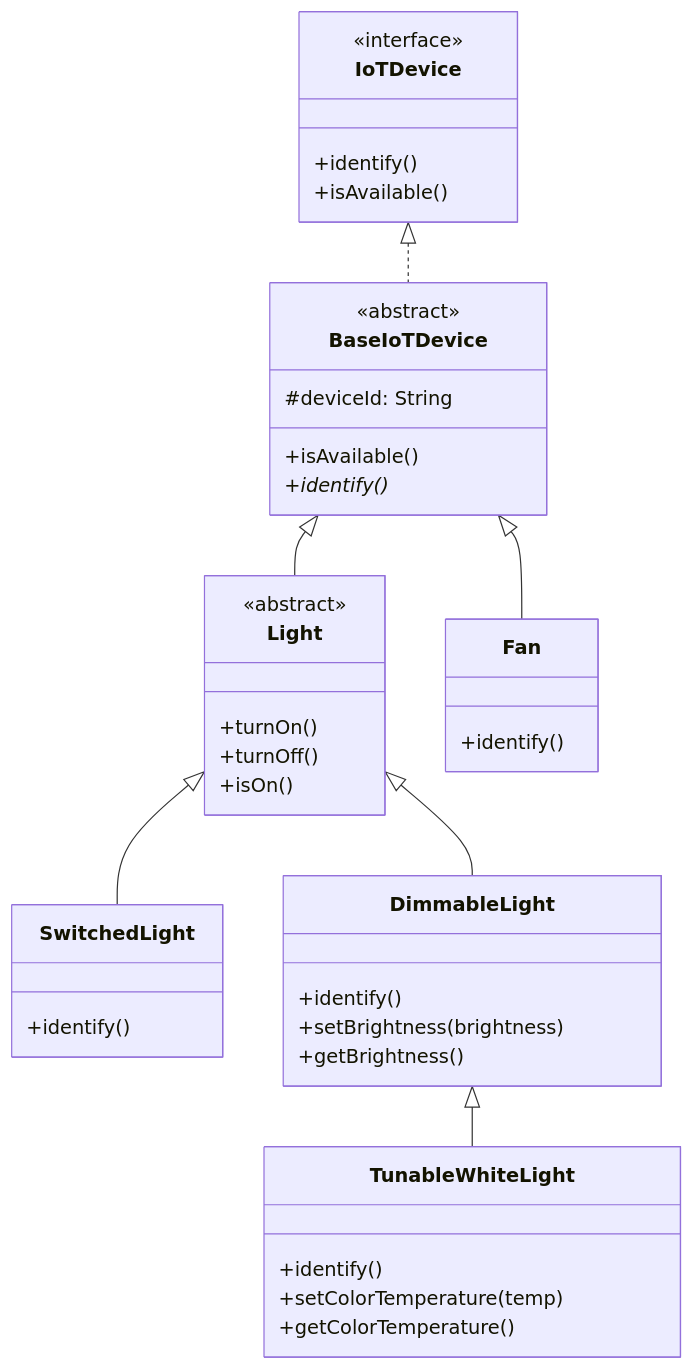
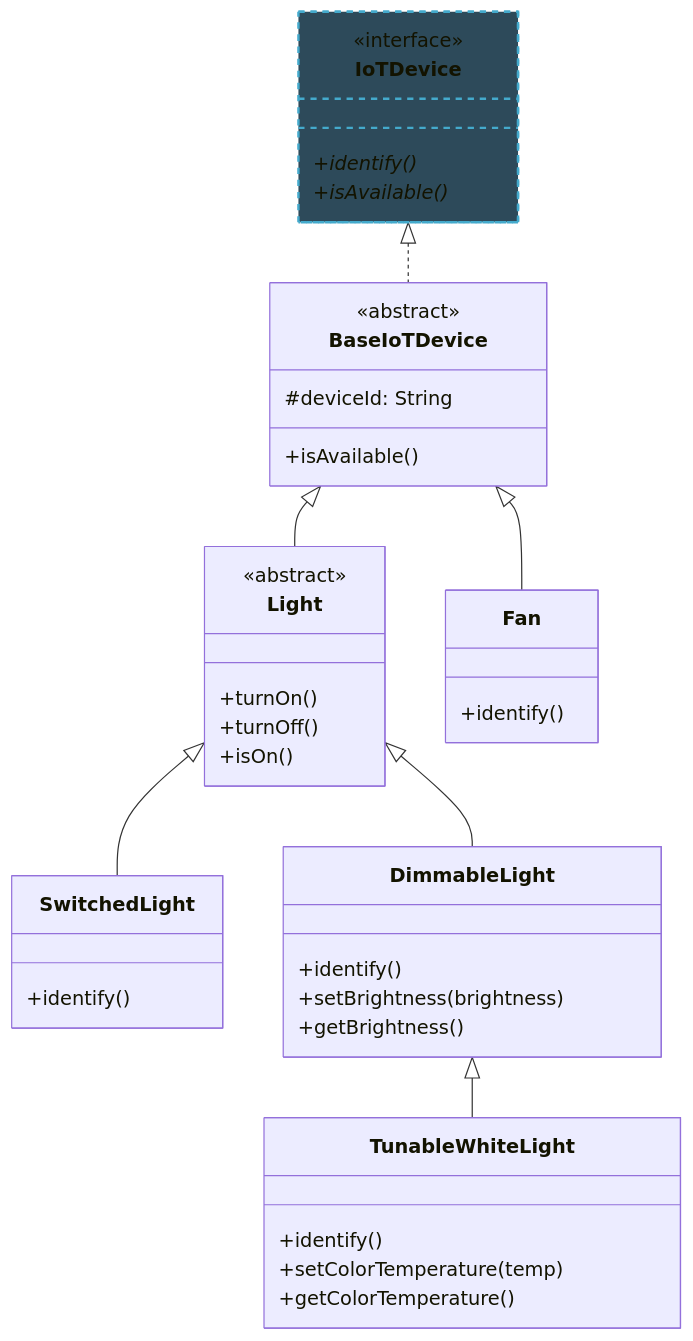
Before and after one commit to neu-pdi/cs3100-public-resources: the ninth of 22 diagrams in lecture-slides-spertus/l2-inheritance-polymorphism.mdx, drawn with Mermaid. The commit also changed other lines of this file and 6 other files, not shown here.

````diff
--- a/lecture-slides-spertus/l2-inheritance-polymorphism.mdx
+++ b/lecture-slides-spertus/l2-inheritance-polymorphism.mdx
@@ -405,42 +722,42 @@
 ```mermaid
 classDiagram
     class IoTDevice {
         <<interface>>
-        +identify()
-        +isAvailable()
+        +identify()*
+        +isAvailable()*
     }
     class BaseIoTDevice {
         <<abstract>>
         #deviceId: String
         +isAvailable()
-        +identify()*
     }
     class Light {
         <<abstract>>
         +turnOn()
         +turnOff()
         +isOn()
     }
     class Fan {
         +identify()
     }
     class SwitchedLight {
         +identify()
     }
     class DimmableLight {
         +identify()
         +setBrightness(brightness)
         +getBrightness()
     }
     class TunableWhiteLight {
         +identify()
         +setColorTemperature(temp)
         +getColorTemperature()
     }
     IoTDevice <|.. BaseIoTDevice
     BaseIoTDevice <|-- Light
     BaseIoTDevice <|-- Fan
     Light <|-- SwitchedLight
     Light <|-- DimmableLight
     DimmableLight <|-- TunableWhiteLight
+    style IoTDevice fill:#2d4a5a,stroke:#4ac,stroke-width:2px,stroke-dasharray: 5 5
 ```
````
